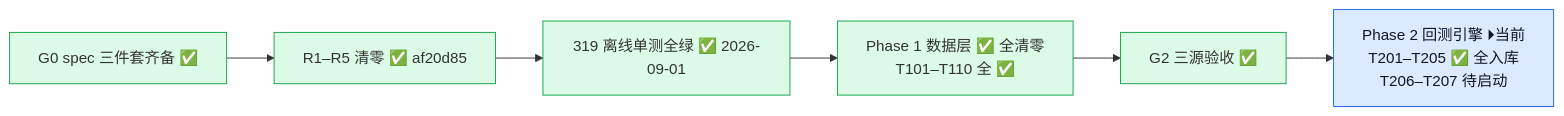
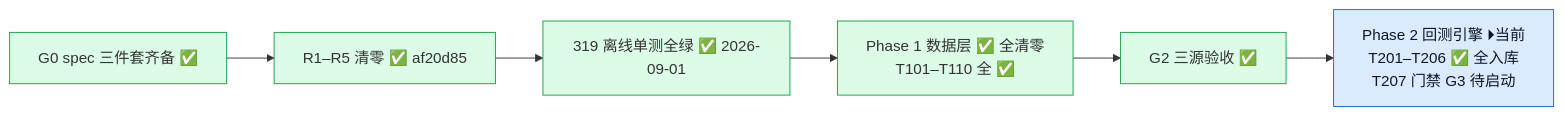
The second of 4 diagrams in docs/project_status_flowchart.md (YZml1507/FinAI2.0), drawn with Mermaid before and after one commit. The commit also changed other lines of this file and 3 other files, not shown here.

Commit message:
docs: T206 状态标记 — CLAUDE.md §0/§5/§7 + spec 快照 + 流程图（T206 ✅ + T205 Calmar 补丁 / 394 绿 / 当前位 T207）

````diff
--- a/docs/project_status_flowchart.md
+++ b/docs/project_status_flowchart.md
@@ -29,13 +29,13 @@
 ```mermaid
 flowchart LR
   G0[G0 spec 三件套齐备 ✅] --> R15[R1–R5 清零 ✅ af20d85] --> UT[319 离线单测全绿 ✅ 2026-09-01]
   UT --> P1[Phase 1 数据层 ✅ 全清零<br/>T101–T110 全 ✅]
   P1 --> G2[G2 三源验收 ✅]
-  G2 --> P2C[Phase 2 回测引擎 ⏵当前<br/>T201–T205 ✅ 全入库<br/>T206–T207 待启动]
+  G2 --> P2C[Phase 2 回测引擎 ⏵当前<br/>T201–T206 ✅ 全入库<br/>T207 门禁 G3 待启动]
   style G0 fill:#dcfce7,stroke:#16a34a
   style R15 fill:#dcfce7,stroke:#16a34a
   style UT fill:#dcfce7,stroke:#16a34a
   style P1 fill:#dcfce7,stroke:#16a34a
   style G2 fill:#dcfce7,stroke:#16a34a
   style P2C fill:#dbeafe,stroke:#2563eb,color:#0f172a
 ```
````
